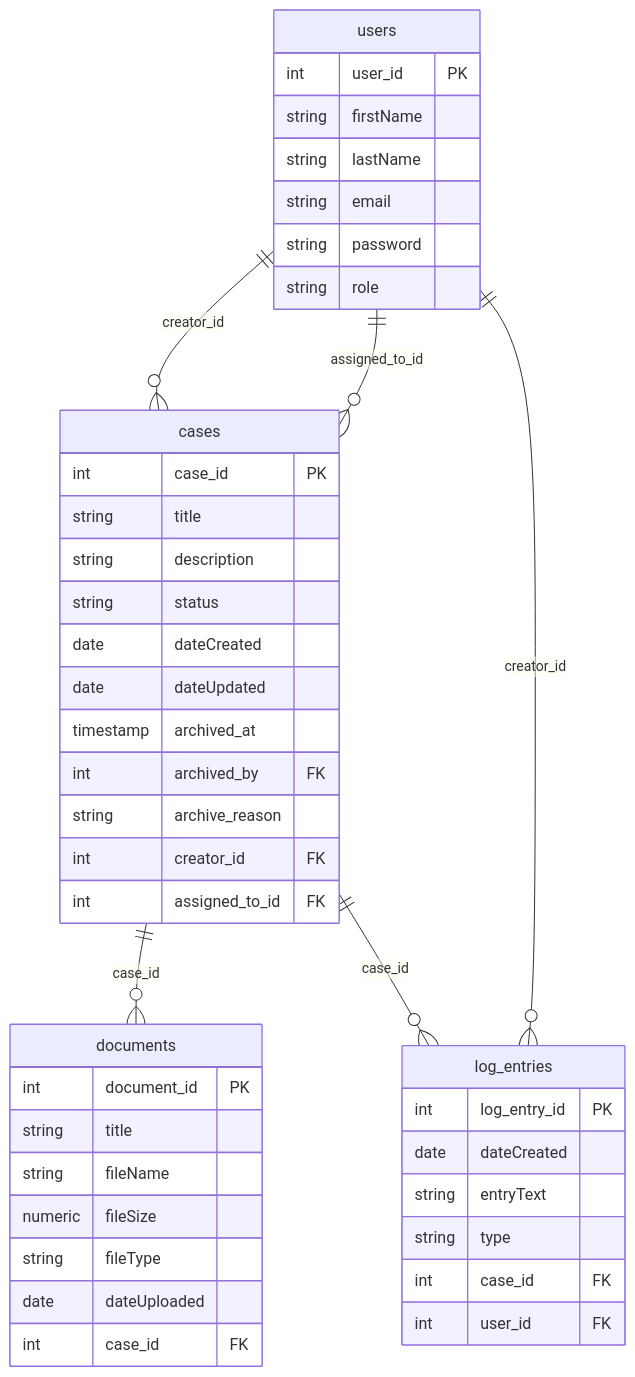
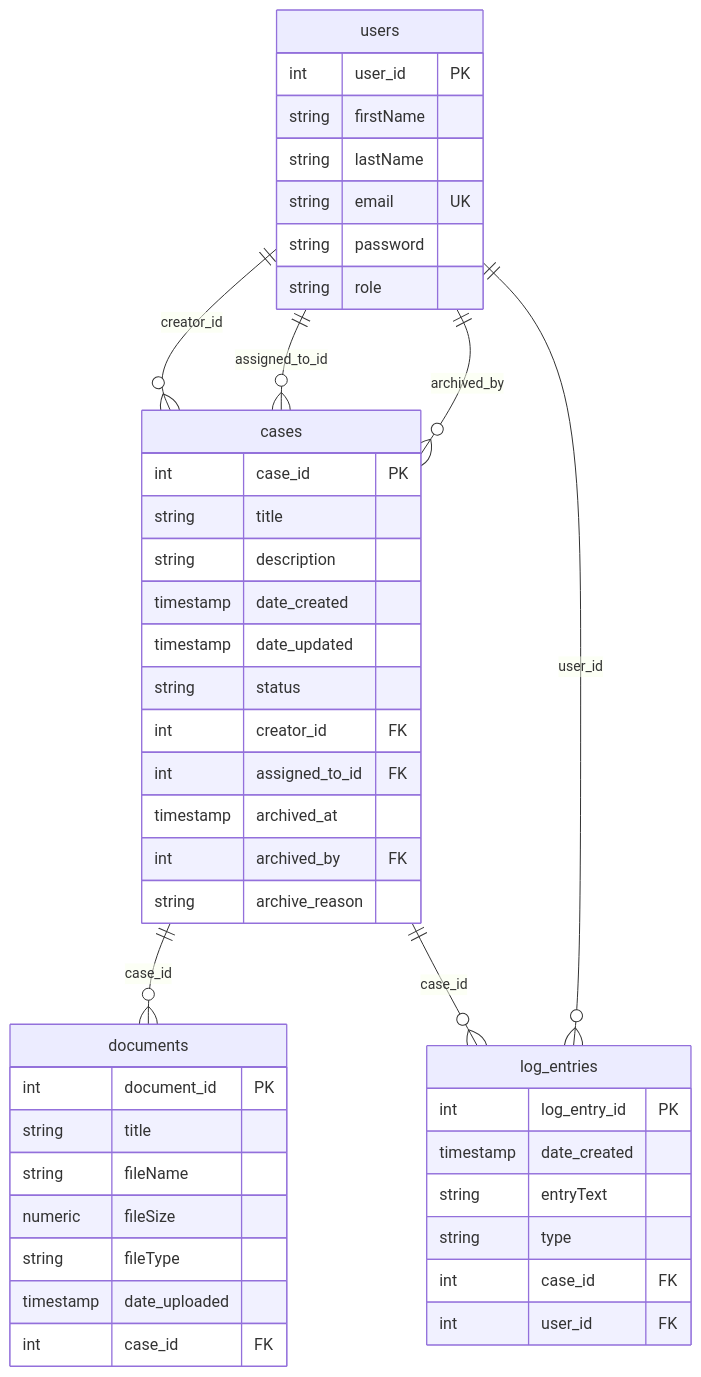
Before and after one commit to mattburnett-repo/servepoint: the diagram in design/mermaid/data-model.md, drawn with Mermaid. The commit also changed other lines of this file and 24 other files, not shown here.

````diff
--- a/design/mermaid/data-model.md
+++ b/design/mermaid/data-model.md
@@ -5,50 +5,51 @@
 ```mermaid
 erDiagram
     users ||--o{ cases : "creator_id"
     users ||--o{ cases : "assigned_to_id"
-    users ||--o{ log_entries : "creator_id"
+    users ||--o{ cases : "archived_by"
+    users ||--o{ log_entries : "user_id"
     cases ||--o{ documents : "case_id"
     cases ||--o{ log_entries : "case_id"
 
     users {
         int user_id PK
         string firstName
         string lastName
-        string email
+        string email UK
         string password
         string role
     }
 
     cases {
         int case_id PK
         string title
         string description
+        timestamp date_created
+        timestamp date_updated
         string status
-        date dateCreated
-        date dateUpdated
+        int creator_id FK
+        int assigned_to_id FK
         timestamp archived_at
         int archived_by FK
         string archive_reason
-        int creator_id FK
-        int assigned_to_id FK
     }
 
     documents {
         int document_id PK
         string title
         string fileName
         numeric fileSize
         string fileType
-        date dateUploaded
+        timestamp date_uploaded
         int case_id FK
     }
 
     log_entries {
         int log_entry_id PK
-        date dateCreated
+        timestamp date_created
         string entryText
         string type
         int case_id FK
         int user_id FK
     }
 ```
````
